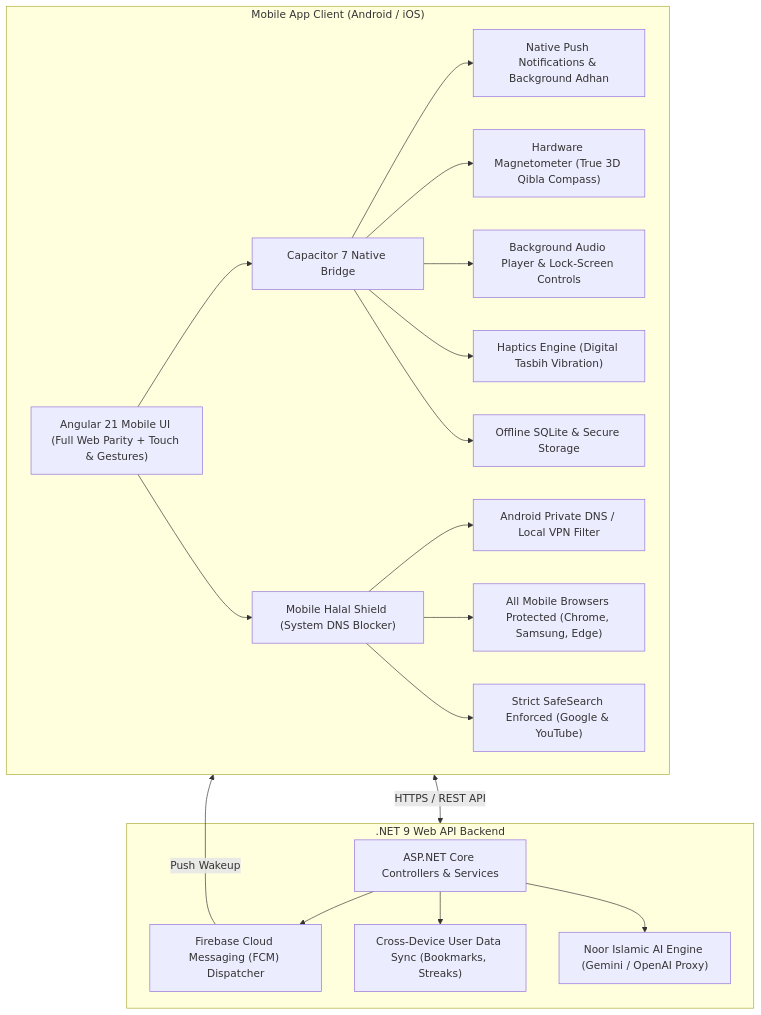
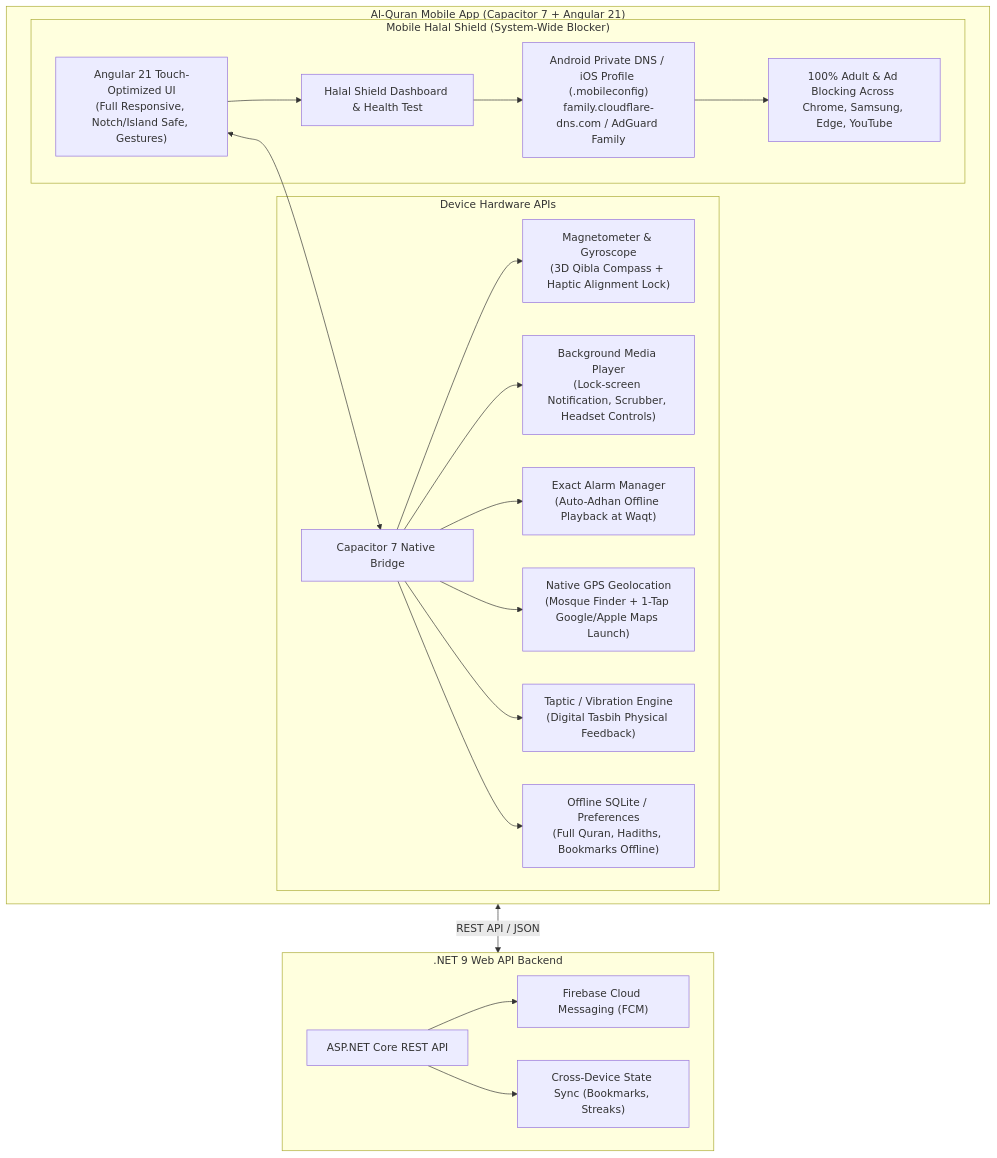
One commit to AshrafulAnamAlve/AL-QURAN-WEB changed the diagram in mobile/PLAN_MOBILE_APP.md. Above: the diagram before and after it, drawn with Mermaid. The commit also changed other lines of this file and 68 other files, not shown here.

Commit message:
feat(mobile): Capacitor 7 Android platform, native hardware bridge, and mobile shield

````diff
--- a/mobile/PLAN_MOBILE_APP.md
+++ b/mobile/PLAN_MOBILE_APP.md
@@ -10,35 +33,35 @@
 ```mermaid
 flowchart TD
-    subgraph MobileApp ["Mobile App Client (Android / iOS)"]
-        UI["Angular 21 Mobile UI (Full Web Parity + Touch & Gestures)"]
-        Cap["Capacitor 7 Native Bridge"]
-        Shield["Mobile Halal Shield (System DNS Blocker)"]
+    subgraph MobileApp ["Al-Quran Mobile App (Capacitor 7 + Angular 21)"]
+        UI["Angular 21 Touch-Optimized UI\n(Full Responsive, Notch/Island Safe, Gestures)"]
+        Bridge["Capacitor 7 Native Bridge"]
         
-        UI --> Cap
-        UI --> Shield
+        UI <--> Bridge
         
-        Cap --> P1["Native Push Notifications & Background Adhan"]
-        Cap --> P2["Hardware Magnetometer (True 3D Qibla Compass)"]
-        Cap --> P3["Background Audio Player & Lock-Screen Controls"]
-        Cap --> P4["Haptics Engine (Digital Tasbih Vibration)"]
-        Cap --> P5["Offline SQLite & Secure Storage"]
+        subgraph Hardware ["Device Hardware APIs"]
+            Bridge --> Compass["Magnetometer & Gyroscope\n(3D Qibla Compass + Haptic Alignment Lock)"]
+            Bridge --> Audio["Background Media Player\n(Lock-screen Notification, Scrubber, Headset Controls)"]
+            Bridge --> Notif["Exact Alarm Manager\n(Auto-Adhan Offline Playback at Waqt)"]
+            Bridge --> Geo["Native GPS Geolocation\n(Mosque Finder + 1-Tap Google/Apple Maps Launch)"]
+            Bridge --> Haptic["Taptic / Vibration Engine\n(Digital Tasbih Physical Feedback)"]
+            Bridge --> Storage["Offline SQLite / Preferences\n(Full Quran, Hadiths, Bookmarks Offline)"]
+        end
         
-        Shield --> S1["Android Private DNS / Local VPN Filter"]
-        Shield --> S2["All Mobile Browsers Protected (Chrome, Samsung, Edge)"]
-        Shield --> S3["Strict SafeSearch Enforced (Google & YouTube)"]
+        subgraph BlockerEngine ["Mobile Halal Shield (System-Wide Blocker)"]
+            UI --> ShieldUI["Halal Shield Dashboard & Health Test"]
+            ShieldUI --> DNSConfig["Android Private DNS / iOS Profile (.mobileconfig)\nfamily.cloudflare-dns.com / AdGuard Family"]
+            DNSConfig --> Filter["100% Adult & Ad Blocking Across Chrome, Samsung, Edge, YouTube"]
+        end
     end
-    
-    subgraph Backend [".NET 9 Web API Backend"]
-        API["ASP.NET Core Controllers & Services"]
-        FCM["Firebase Cloud Messaging (FCM) Dispatcher"]
-        Sync["Cross-Device User Data Sync (Bookmarks, Streaks)"]
-        AI["Noor Islamic AI Engine (Gemini / OpenAI Proxy)"]
+
+    subgraph CloudBackend [".NET 9 Web API Backend"]
+        API["ASP.NET Core REST API"]
+        FCM["Firebase Cloud Messaging (FCM)"]
+        Sync["Cross-Device State Sync (Bookmarks, Streaks)"]
         
         API --> FCM
         API --> Sync
-        API --> AI
     end
-    
-    MobileApp <-->|HTTPS / REST API| Backend
-    FCM -->|Push Wakeup| MobileApp
+
+    MobileApp <-->|REST API / JSON| CloudBackend
 ```
````
